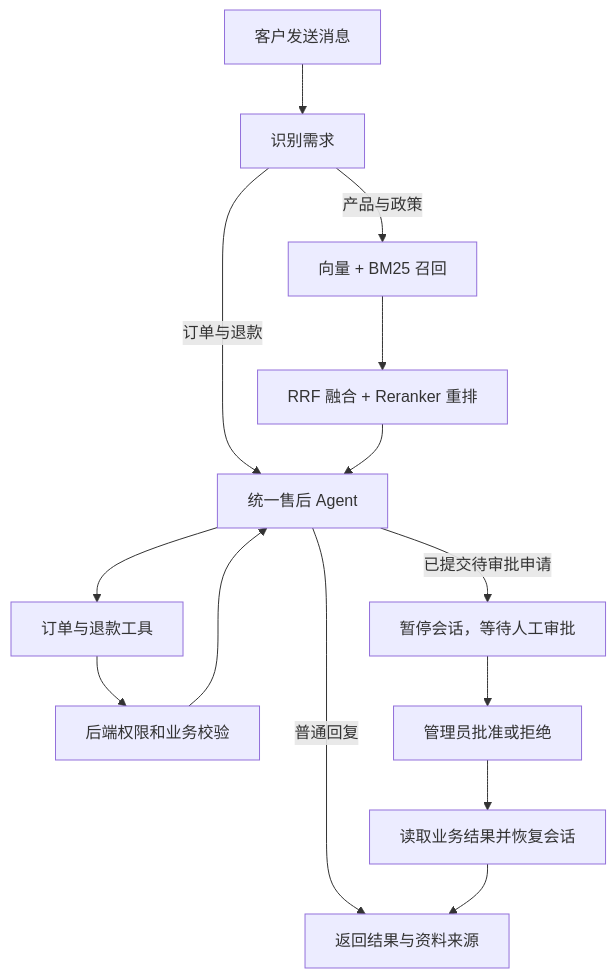
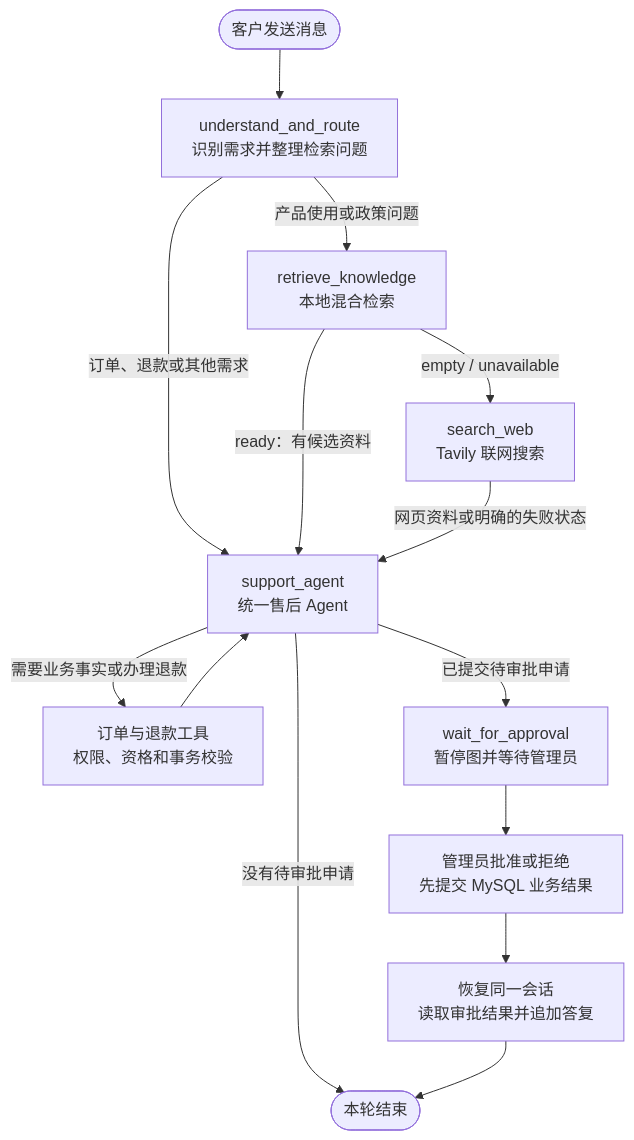
The first of 3 diagrams in README.md (uowpoob/supportflow), drawn with Mermaid before and after one commit. The commit also changed other lines of this file and 43 other files, not shown here.

````diff
--- a/README.md
+++ b/README.md
@@ -90,16 +28,16 @@
 ```mermaid
 flowchart TD
-    A[客户发送消息] --> B[识别需求]
-    B -->|订单与退款| C[统一售后 Agent]
-    B -->|产品与政策| D[向量 + BM25 召回]
-    D --> E[RRF 融合 + Reranker 重排]
-    E --> C
-    C --> F[订单与退款工具]
-    F --> G[后端权限和业务校验]
-    G --> C
-    C -->|普通回复| H[返回结果与资料来源]
-    C -->|已提交待审批申请| I[暂停会话，等待人工审批]
-    I --> J[管理员批准或拒绝]
-    J --> K[读取业务结果并恢复会话]
-    K --> H
+    START([客户发送消息]) --> ROUTE[understand_and_route<br/>识别需求并整理检索问题]
+    ROUTE -->|订单、退款或其他需求| AGENT[support_agent<br/>统一售后 Agent]
+    ROUTE -->|产品使用或政策问题| RETRIEVE[retrieve_knowledge<br/>本地混合检索]
+    RETRIEVE -->|ready：有候选资料| AGENT
+    RETRIEVE -->|empty / unavailable| WEB[search_web<br/>Tavily 联网搜索]
+    WEB -->|网页资料或明确的失败状态| AGENT
+    AGENT -->|需要业务事实或办理退款| TOOLS[订单与退款工具<br/>权限、资格和事务校验]
+    TOOLS --> AGENT
+    AGENT -->|没有待审批申请| END([本轮结束])
+    AGENT -->|已提交待审批申请| WAIT[wait_for_approval<br/>暂停图并等待管理员]
+    WAIT --> DECISION[管理员批准或拒绝<br/>先提交 MySQL 业务结果]
+    DECISION --> RESUME[恢复同一会话<br/>读取审批结果并追加答复]
+    RESUME --> END
 ```
````
